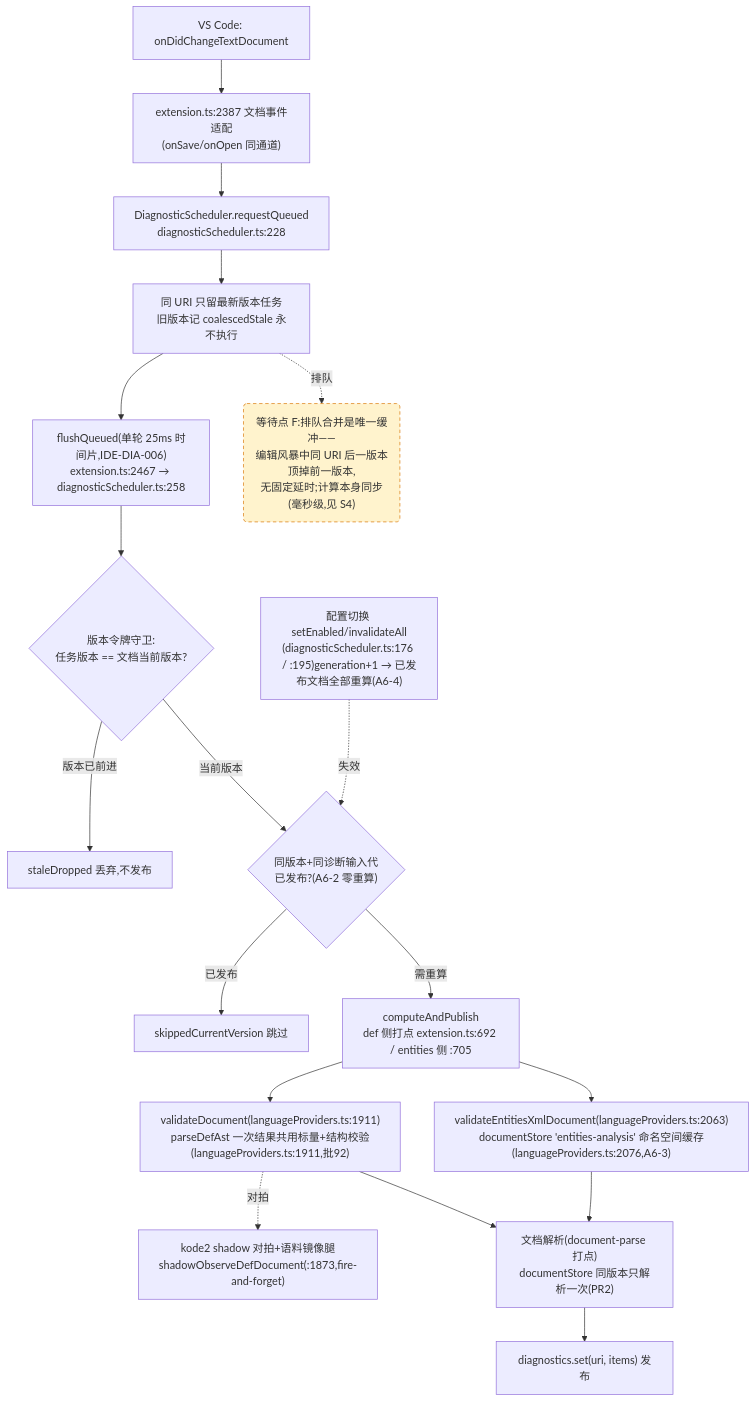
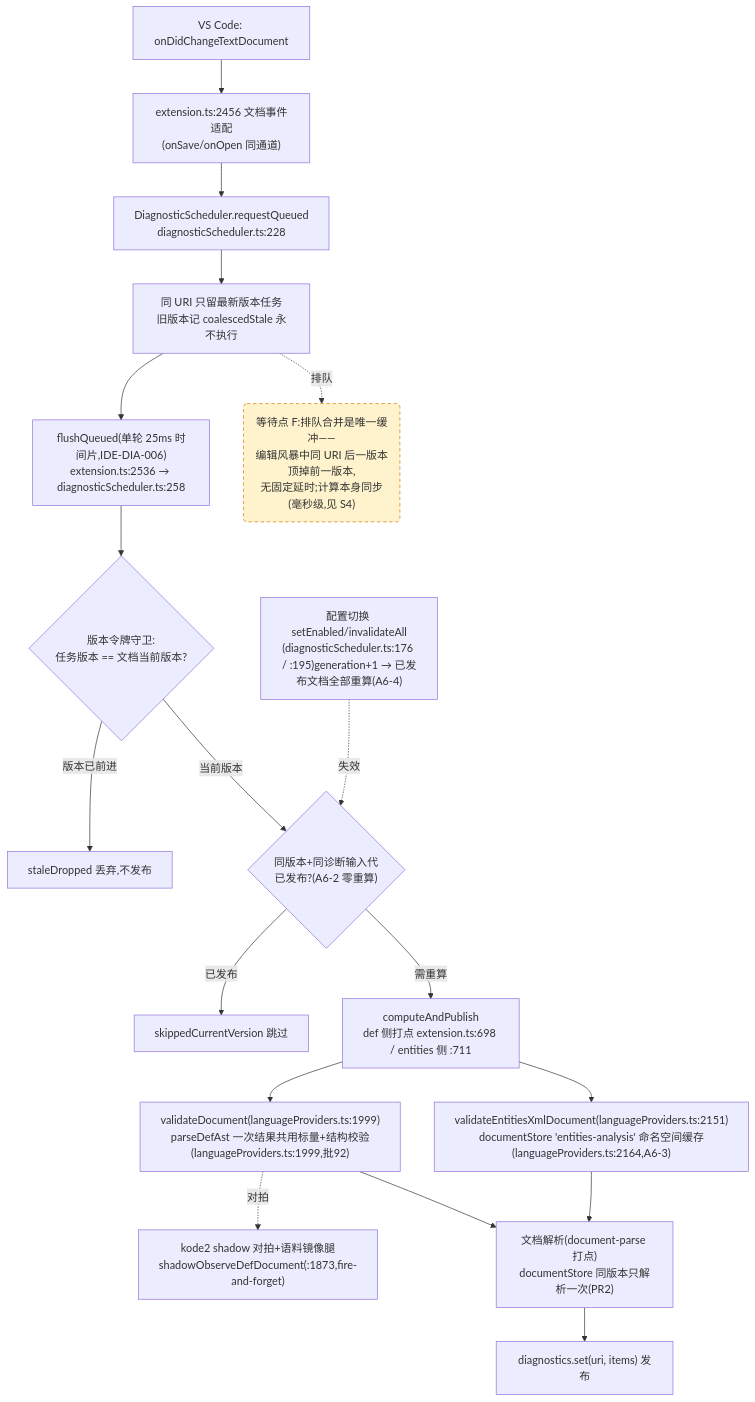
One commit to cuihairu/kode changed the fourth of 4 diagrams in docs/perf/2026-baseline.md. Above: the diagram before and after it, drawn with Mermaid. The commit also changed other lines of this file and 42 other files, not shown here.

````diff
--- a/docs/perf/2026-baseline.md
+++ b/docs/perf/2026-baseline.md
@@ -214,38 +214,38 @@
 ```mermaid
 flowchart TD
   CHG["VS Code: onDidChangeTextDocument"]
-  WATCH["extension.ts:2387 文档事件适配<br/>(onSave/onOpen 同通道)"]
+  WATCH["extension.ts:2456 文档事件适配<br/>(onSave/onOpen 同通道)"]
   RQ["DiagnosticScheduler.requestQueued<br/>diagnosticScheduler.ts:228"]
   CO["同 URI 只留最新版本任务<br/>旧版本记 coalescedStale 永不执行"]
-  FL["flushQueued(单轮 25ms 时间片,IDE-DIA-006)<br/>extension.ts:2467 → diagnosticScheduler.ts:258"]
+  FL["flushQueued(单轮 25ms 时间片,IDE-DIA-006)<br/>extension.ts:2536 → diagnosticScheduler.ts:258"]
   VG{"版本令牌守卫:<br/>任务版本 == 文档当前版本?"}
   DROP["staleDropped 丢弃,不发布"]
   GEN{"同版本+同诊断输入代<br/>已发布?(A6-2 零重算)"}
   SKIP["skippedCurrentVersion 跳过"]
-  CALC["computeAndPublish<br/>def 侧打点 extension.ts:692 / entities 侧 :705"]
-  VD["validateDocument(languageProviders.ts:1911)<br/>parseDefAst 一次结果共用标量+结构校验(languageProviders.ts:1911,批92)"]
-  VEX["validateEntitiesXmlDocument(languageProviders.ts:2063)<br/>documentStore 'entities-analysis' 命名空间缓存(languageProviders.ts:2076,A6-3)"]
+  CALC["computeAndPublish<br/>def 侧打点 extension.ts:698 / entities 侧 :711"]
+  VD["validateDocument(languageProviders.ts:1999)<br/>parseDefAst 一次结果共用标量+结构校验(languageProviders.ts:1999,批92)"]
+  VEX["validateEntitiesXmlDocument(languageProviders.ts:2151)<br/>documentStore 'entities-analysis' 命名空间缓存(languageProviders.ts:2164,A6-3)"]
   SHDD["kode2 shadow 对拍+语料镜像腿<br/>shadowObserveDefDocument(:1873,fire-and-forget)"]
   DS["文档解析(document-parse 打点)<br/>documentStore 同版本只解析一次(PR2)"]
   PUB["diagnostics.set(uri, items) 发布"]
   CFG2["配置切换 setEnabled/invalidateAll<br/>(diagnosticScheduler.ts:176 / :195)generation+1 → 已发布文档全部重算(A6-4)"]
 
   CHG --> WATCH --> RQ --> CO --> FL --> VG
   VG -- "版本已前进" --> DROP
   VG -- "当前版本" --> GEN
   GEN -- "已发布" --> SKIP
   GEN -- "需重算" --> CALC
   CALC --> VD
   CALC --> VEX
   VD --> DS
   VEX --> DS
   DS --> PUB
   VD -.->|对拍| SHDD
   CFG2 -.->|失效| GEN
 
   WAITF("等待点 F:排队合并是唯一缓冲——<br/>编辑风暴中同 URI 后一版本顶掉前一版本,<br/>无固定延时;计算本身同步(毫秒级,见 S4)")
   CO -.->|排队| WAITF
 
   classDef waitPoint fill:#fff3cd,stroke:#d97706,stroke-dasharray:5 4;
   class WAITF waitPoint;
 ```
````
